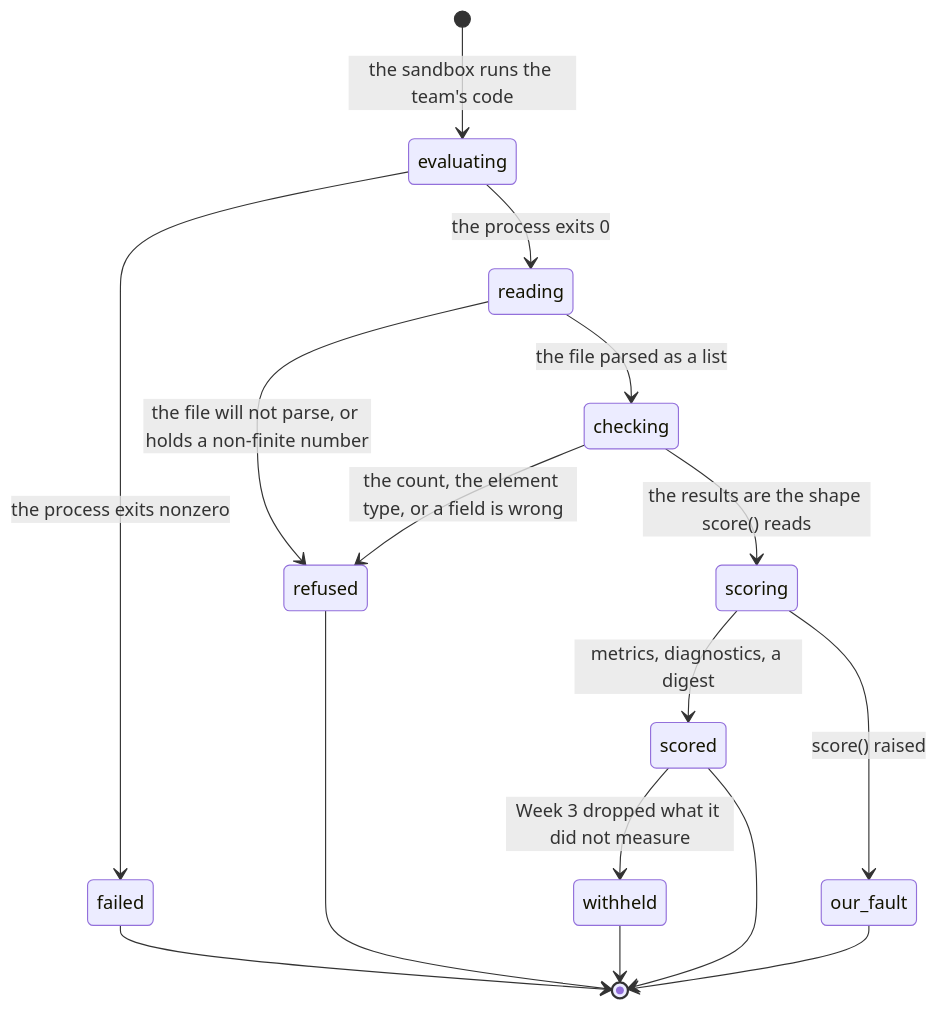
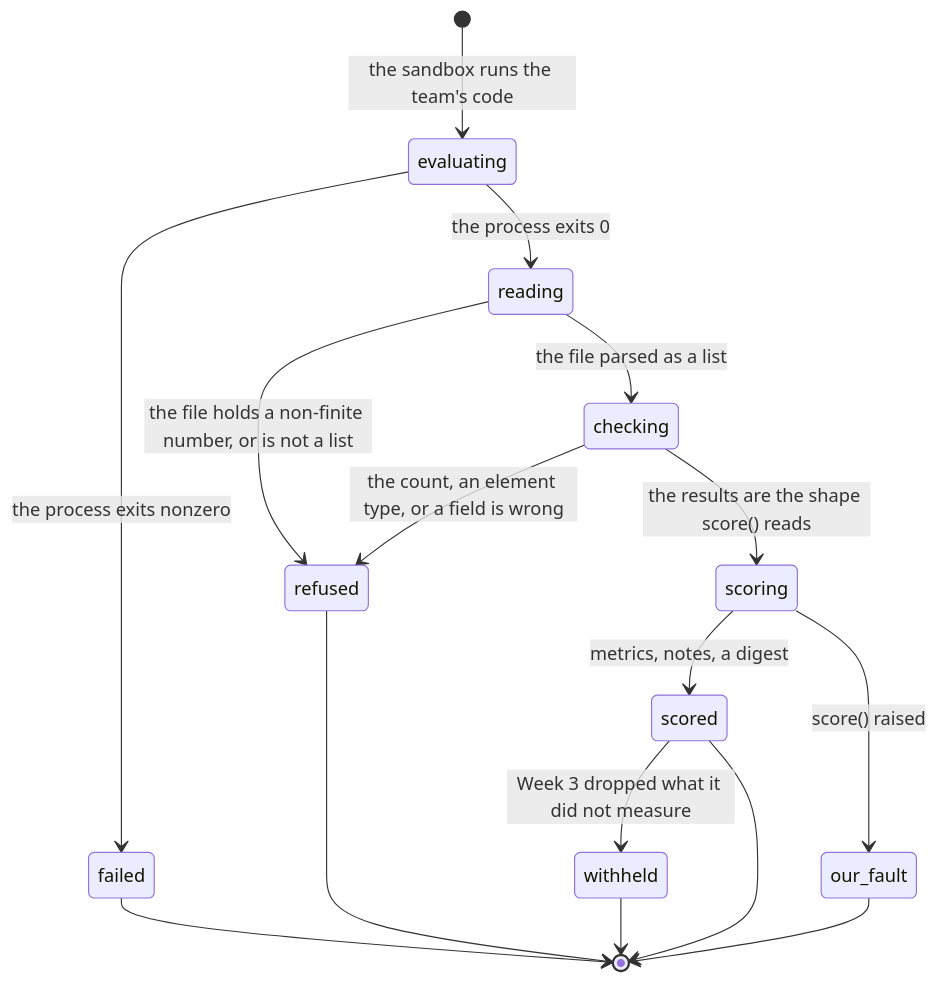
Before and after one commit to SamGu-NRX/CogPortal: the diagram in docs/product-description/sandbox/scoring-and-refusals.md, drawn with Mermaid. The commit also changed other lines of this file and 41 other files, not shown here.

````diff
--- a/docs/product-description/sandbox/scoring-and-refusals.md
+++ b/docs/product-description/sandbox/scoring-and-refusals.md
@@ -21,18 +21,18 @@
 ```mermaid
 stateDiagram-v2
     [*] --> evaluating : the sandbox runs the team's code
     evaluating --> failed : the process exits nonzero
     evaluating --> reading : the process exits 0
-    reading --> refused : the file will not parse, or holds a non-finite number
+    reading --> refused : the file holds a non-finite number, or is not a list
     reading --> checking : the file parsed as a list
-    checking --> refused : the count, the element type, or a field is wrong
+    checking --> refused : the count, an element type, or a field is wrong
     checking --> scoring : the results are the shape score() reads
-    scoring --> scored : metrics, diagnostics, a digest
+    scoring --> scored : metrics, notes, a digest
     scoring --> our_fault : score() raised
     scored --> withheld : Week 3 dropped what it did not measure
     refused --> [*]
     failed --> [*]
     scored --> [*]
     withheld --> [*]
     our_fault --> [*]
 ```
````
